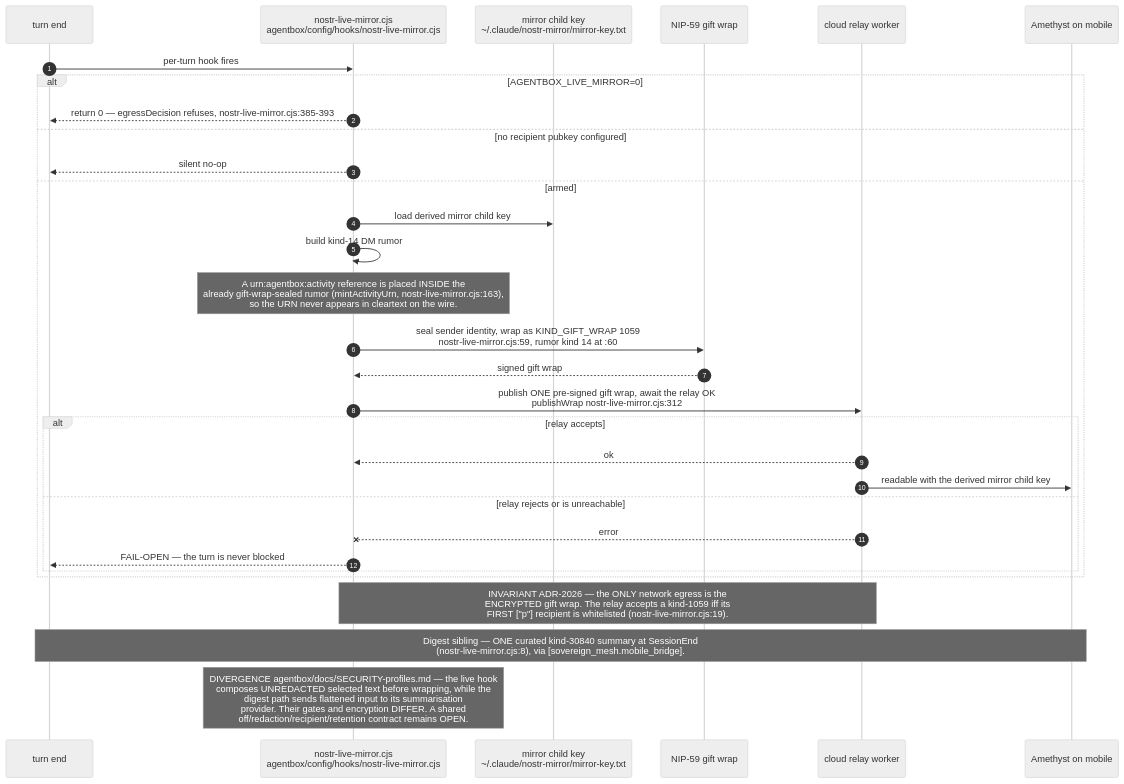
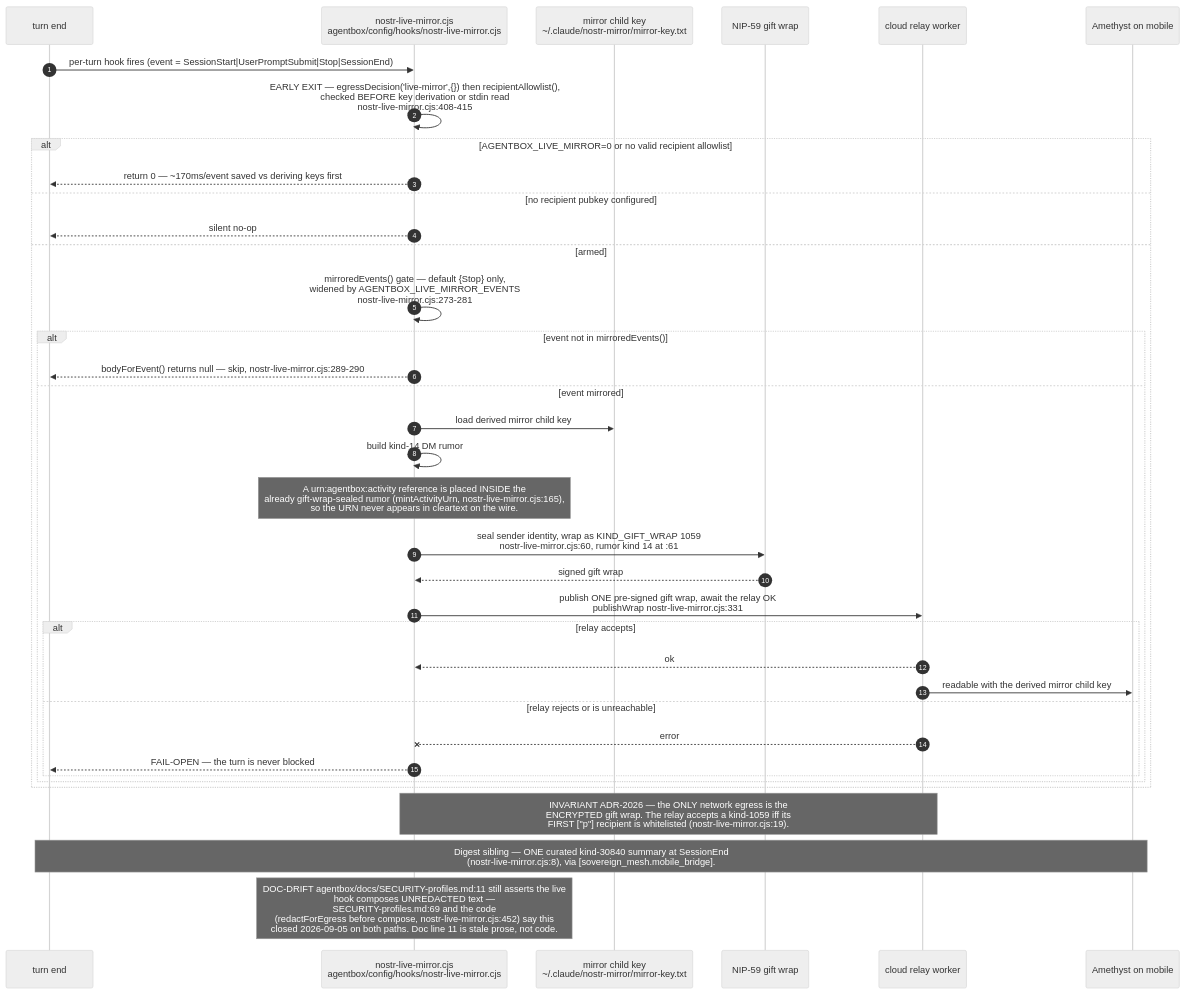
One commit to DreamLab-AI/VisionFlow changed the fifth of 6 diagrams in docs/diagrams/estate/04-identity-mesh-did-nostr.md. Above: the diagram before and after it, drawn with Mermaid (neutral theme). The commit also changed other lines of this file and 136 other files, not shown here.

First line of the commit message:
docs(diagrams): refresh the whole corpus to code HEAD and prune low-value diagrams

````diff
--- a/docs/diagrams/estate/04-identity-mesh-did-nostr.md
+++ b/docs/diagrams/estate/04-identity-mesh-did-nostr.md
@@ -257,34 +203,40 @@
 ```mermaid
 sequenceDiagram
     autonumber
     participant T as turn end
     participant HK as nostr-live-mirror.cjs<br/>agentbox/config/hooks/nostr-live-mirror.cjs
     participant MK as mirror child key<br/>~/.claude/nostr-mirror/mirror-key.txt
     participant W as NIP-59 gift wrap
     participant REL as cloud relay worker
     participant AM as Amethyst on mobile
 
-    T->>HK: per-turn hook fires
-    alt AGENTBOX_LIVE_MIRROR=0
-        HK-->>T: return 0 — egressDecision refuses, nostr-live-mirror.cjs:385-393
+    T->>HK: per-turn hook fires (event = SessionStart|UserPromptSubmit|Stop|SessionEnd)
+    HK->>HK: EARLY EXIT — egressDecision('live-mirror',{}) then recipientAllowlist(),<br/>checked BEFORE key derivation or stdin read<br/>nostr-live-mirror.cjs:408-415
+    alt AGENTBOX_LIVE_MIRROR=0 or no valid recipient allowlist
+        HK-->>T: return 0 — ~170ms/event saved vs deriving keys first
     else no recipient pubkey configured
         HK-->>T: silent no-op
     else armed
-        HK->>MK: load derived mirror child key
-        HK->>HK: build kind-14 DM rumor
-        Note over HK: A urn:agentbox:activity reference is placed INSIDE the<br/>already gift-wrap-sealed rumor (mintActivityUrn, nostr-live-mirror.cjs:163),<br/>so the URN never appears in cleartext on the wire.
-        HK->>W: seal sender identity, wrap as KIND_GIFT_WRAP 1059<br/>nostr-live-mirror.cjs:59, rumor kind 14 at :60
-        W-->>HK: signed gift wrap
-        HK->>REL: publish ONE pre-signed gift wrap, await the relay OK<br/>publishWrap nostr-live-mirror.cjs:312
-        alt relay accepts
-            REL-->>HK: ok
-            REL->>AM: readable with the derived mirror child key
-        else relay rejects or is unreachable
-            REL--xHK: error
-            HK-->>T: FAIL-OPEN — the turn is never blocked
+        HK->>HK: mirroredEvents() gate — default {Stop} only,<br/>widened by AGENTBOX_LIVE_MIRROR_EVENTS<br/>nostr-live-mirror.cjs:273-281
+        alt event not in mirroredEvents()
+            HK-->>T: bodyForEvent() returns null — skip, nostr-live-mirror.cjs:289-290
+        else event mirrored
+            HK->>MK: load derived mirror child key
+            HK->>HK: build kind-14 DM rumor
+            Note over HK: A urn:agentbox:activity reference is placed INSIDE the<br/>already gift-wrap-sealed rumor (mintActivityUrn, nostr-live-mirror.cjs:165),<br/>so the URN never appears in cleartext on the wire.
+            HK->>W: seal sender identity, wrap as KIND_GIFT_WRAP 1059<br/>nostr-live-mirror.cjs:60, rumor kind 14 at :61
+            W-->>HK: signed gift wrap
+            HK->>REL: publish ONE pre-signed gift wrap, await the relay OK<br/>publishWrap nostr-live-mirror.cjs:331
+            alt relay accepts
+                REL-->>HK: ok
+                REL->>AM: readable with the derived mirror child key
+            else relay rejects or is unreachable
+                REL--xHK: error
+                HK-->>T: FAIL-OPEN — the turn is never blocked
+            end
         end
     end
     Note over HK,REL: INVARIANT ADR-2026 — the ONLY network egress is the<br/>ENCRYPTED gift wrap. The relay accepts a kind-1059 iff its<br/>FIRST ["p"] recipient is whitelisted (nostr-live-mirror.cjs:19).
     Note over T,AM: Digest sibling — ONE curated kind-30840 summary at SessionEnd<br/>(nostr-live-mirror.cjs:8), via [sovereign_mesh.mobile_bridge].
-    Note over HK: DIVERGENCE agentbox/docs/SECURITY-profiles.md — the live hook<br/>composes UNREDACTED selected text before wrapping, while the<br/>digest path sends flattened input to its summarisation<br/>provider. Their gates and encryption DIFFER. A shared<br/>off/redaction/recipient/retention contract remains OPEN.
+    Note over HK: DOC-DRIFT agentbox/docs/SECURITY-profiles.md:11 still asserts the live<br/>hook composes UNREDACTED text —<br/>SECURITY-profiles.md:69 and the code<br/>(redactForEgress before compose, nostr-live-mirror.cjs:452) say this<br/>closed 2026-09-05 on both paths. Doc line 11 is stale prose, not code.
 ```
````
